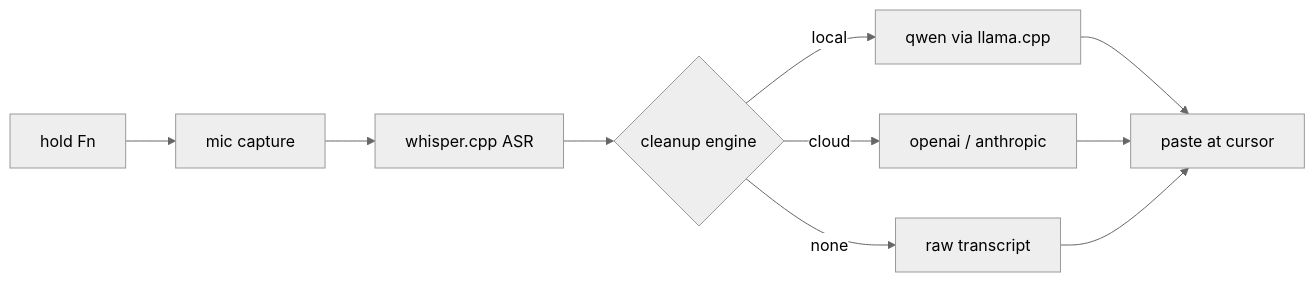
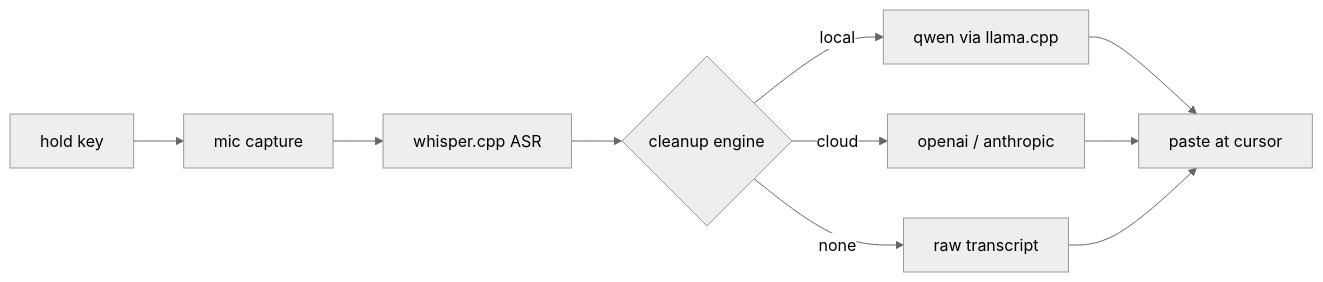
Before and after one commit to nitrimandylis/WhimprFlow: the diagram in README.md, drawn with Mermaid (neutral theme). The commit also changed other lines of this file and 12 other files, not shown here.

````diff
--- a/README.md
+++ b/README.md
@@ -74,12 +109,12 @@
 ```mermaid
 flowchart LR
-    A[hold Fn] --> B[mic capture]
+    A[hold key] --> B[mic capture]
     B --> C[whisper.cpp ASR]
     C --> D{cleanup engine}
     D -->|local| E[qwen via llama.cpp]
     D -->|cloud| F[openai / anthropic]
     D -->|none| G[raw transcript]
     E --> H[paste at cursor]
     F --> H
     G --> H
 ```
````
